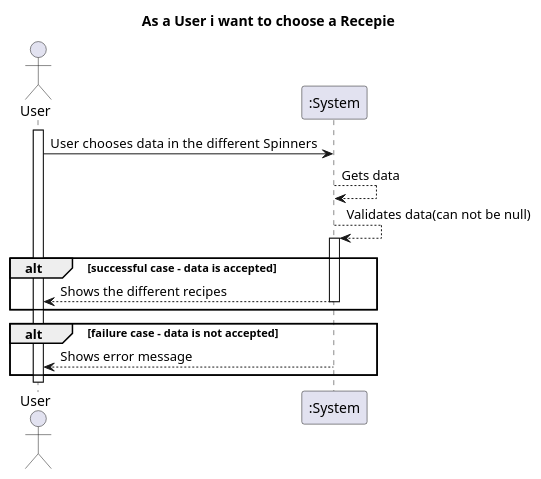
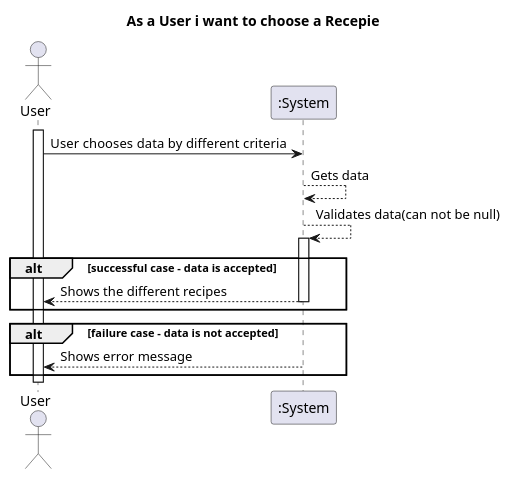
The diagram in OnlineSupertmarket/docs/US/US02/SSD.puml (IsepMartimOliveira/DSSMV_ProjectReact_1181754), drawn with PlantUML before and after one commit. The commit also changed 4 other files, not shown here.

```diff
--- a/OnlineSupertmarket/docs/US/US02/SSD.puml
+++ b/OnlineSupertmarket/docs/US/US02/SSD.puml
@@ -1,24 +1,24 @@
 @startuml
 'https://plantuml.com/sequence-diagram
 actor "User" as MD
 title As a User i want to choose a Recepie
 
 activate MD
-MD -> ":System" : User chooses  data in the different Spinners
+MD -> ":System" : User chooses  data by different criteria
 ":System" --> ":System" : Gets data
 ":System" --> ":System" : Validates data(can not be null)
 alt successful case - data is accepted
 activate ":System"
 ":System" --> MD : Shows the different recipes
 deactivate ":System"
 
 end
 
 alt failure case - data is not accepted
 activate ":System"
 ":System" --> MD : Shows error message
 deactivate ":System"
 
 end
 deactivate MD
 @enduml
```
